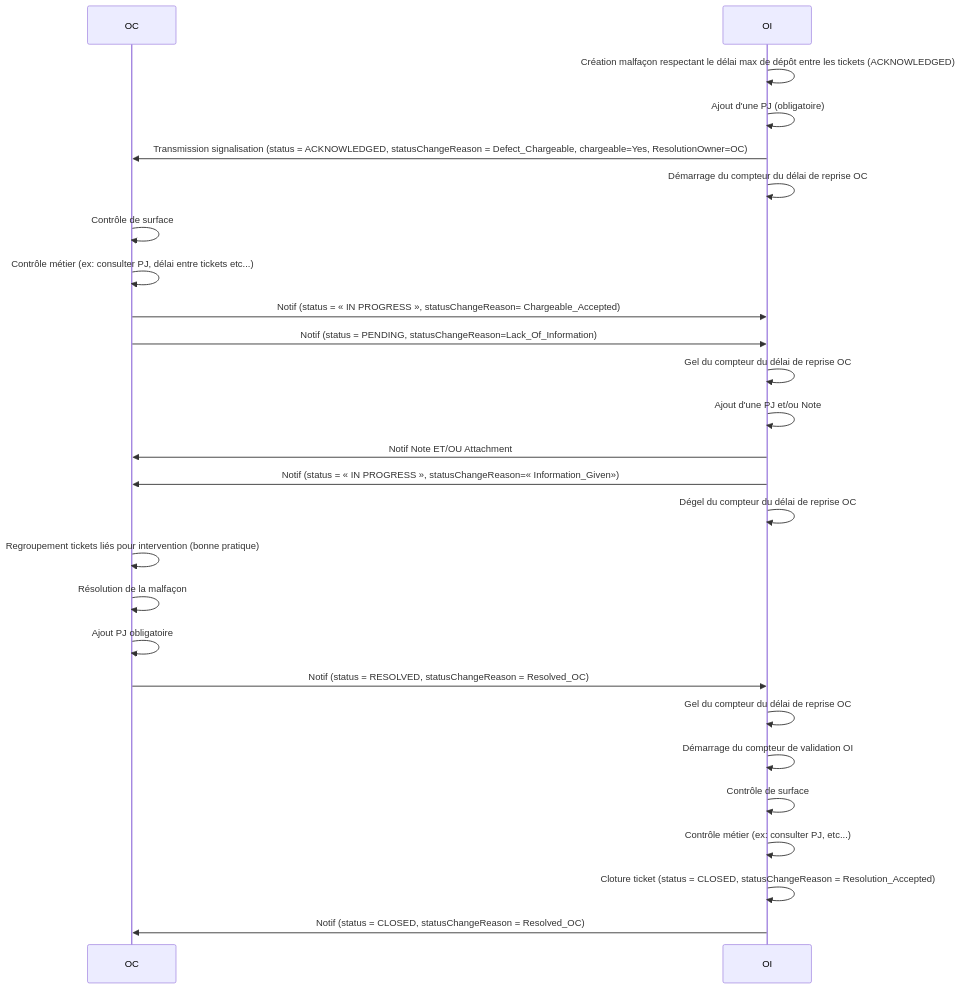
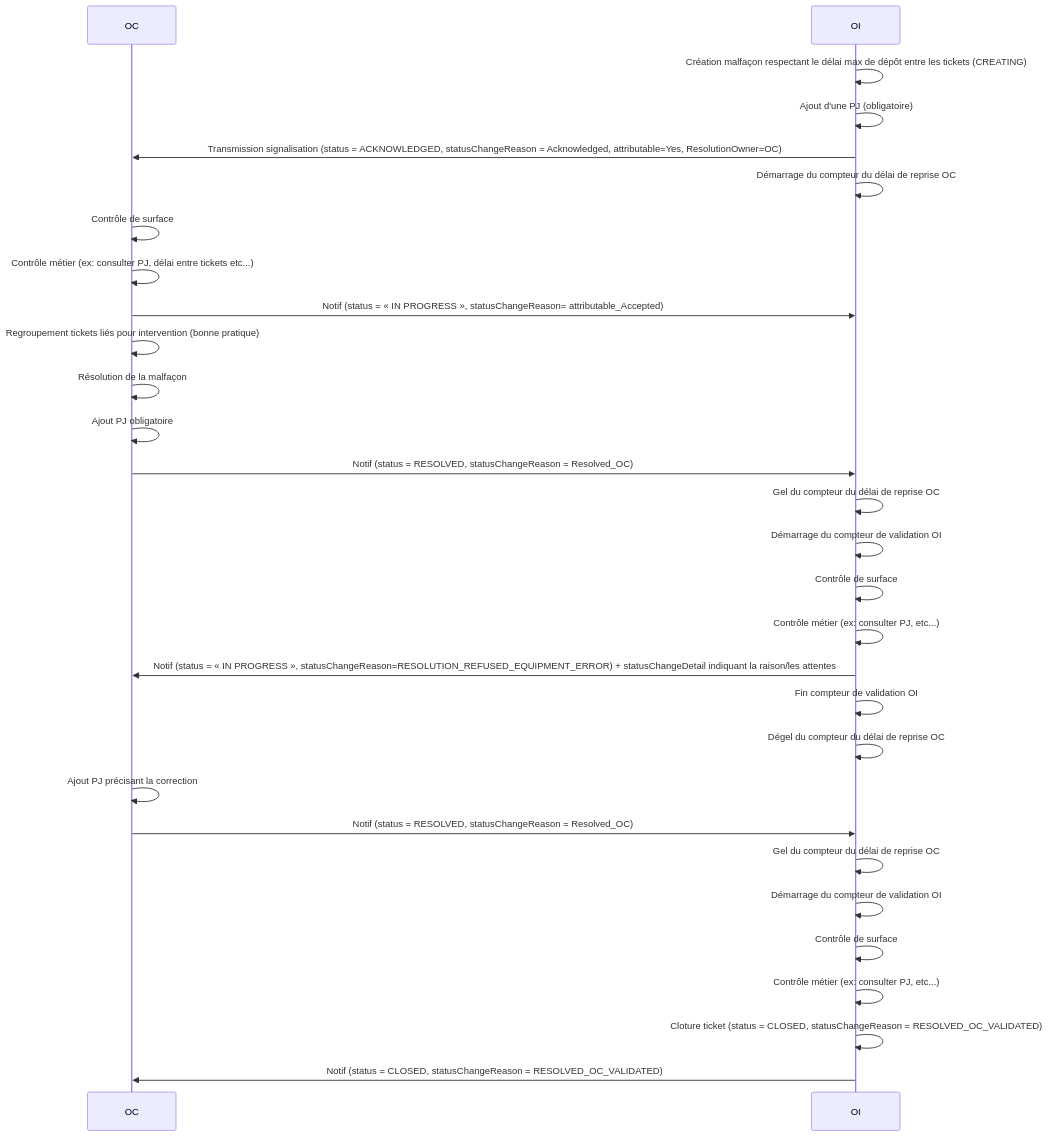
One commit to before-interop/malfacon changed the sixth of 12 diagrams in README.md. Above: the diagram before and after it, drawn with Mermaid. The commit also changed other lines of this file and 6 other files, not shown here.

````diff
--- a/README.md
+++ b/README.md
@@ -456,30 +538,33 @@
 ```mermaid
 sequenceDiagram
 
   participant OC
   participant OI
 
-  OI->>OI: Création malfaçon respectant le délai max de dépôt entre les tickets (ACKNOWLEDGED)
+  OI->>OI: Création malfaçon respectant le délai max de dépôt entre les tickets (CREATING)
   OI->>OI: Ajout d'une PJ (obligatoire)
-  OI->>OC: Transmission signalisation (status = ACKNOWLEDGED, statusChangeReason = Defect_Chargeable, chargeable=Yes, ResolutionOwner=OC)
+  OI->>OC: Transmission signalisation (status = ACKNOWLEDGED, statusChangeReason = Acknowledged, attributable=Yes, ResolutionOwner=OC)
   OI->>OI: Démarrage du compteur du délai de reprise OC
   OC->>OC: Contrôle de surface
   OC->>OC: Contrôle métier (ex: consulter PJ, délai entre tickets etc...)
-  OC->>OI: Notif (status = « IN PROGRESS », statusChangeReason= Chargeable_Accepted)
-  OC->>OI: Notif (status = PENDING, statusChangeReason=Lack_Of_Information)
-  OI->>OI: Gel du compteur du délai de reprise OC
-  OI->>OI: Ajout d'une PJ et/ou Note
-  OI->>OC: Notif Note ET/OU Attachment
-  OI->>OC: Notif (status = « IN PROGRESS », statusChangeReason=« Information_Given»)
-  OI->>OI: Dégel du compteur du délai de reprise OC
+  OC->>OI: Notif (status = « IN PROGRESS », statusChangeReason= attributable_Accepted)
   OC->>OC: Regroupement tickets liés pour intervention (bonne pratique)
   OC->>OC: Résolution de la malfaçon
   OC->>OC: Ajout PJ obligatoire
   OC->>OI: Notif (status = RESOLVED, statusChangeReason = Resolved_OC)
   OI->>OI: Gel du compteur du délai de reprise OC
   OI->>OI: Démarrage du compteur de validation OI
   OI->>OI: Contrôle de surface
   OI->>OI: Contrôle métier (ex: consulter PJ, etc...)
-  OI->>OI: Cloture ticket (status = CLOSED, statusChangeReason = Resolution_Accepted)
-  OI->>OC: Notif (status = CLOSED, statusChangeReason = Resolved_OC)
+  OI->>OC: Notif (status = « IN PROGRESS », statusChangeReason=RESOLUTION_REFUSED_EQUIPMENT_ERROR) + statusChangeDetail indiquant la raison/les attentes
+  OI->>OI: Fin compteur de validation OI
+  OI->>OI: Dégel du compteur du délai de reprise OC
+  OC->>OC: Ajout PJ précisant la correction
+  OC->>OI: Notif (status = RESOLVED, statusChangeReason = Resolved_OC)
+  OI->>OI: Gel du compteur du délai de reprise OC
+  OI->>OI: Démarrage du compteur de validation OI
+  OI->>OI: Contrôle de surface
+  OI->>OI: Contrôle métier (ex: consulter PJ, etc...)
+  OI->>OI: Cloture ticket (status = CLOSED, statusChangeReason = RESOLVED_OC_VALIDATED)
+  OI->>OC: Notif (status = CLOSED, statusChangeReason = RESOLVED_OC_VALIDATED)
 ```
````
